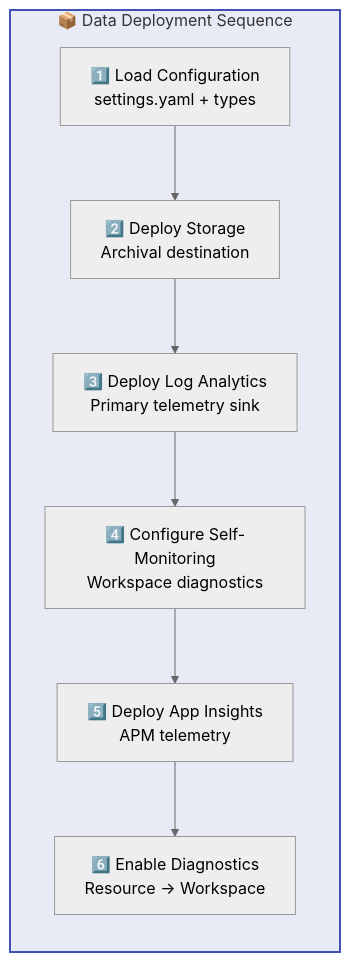
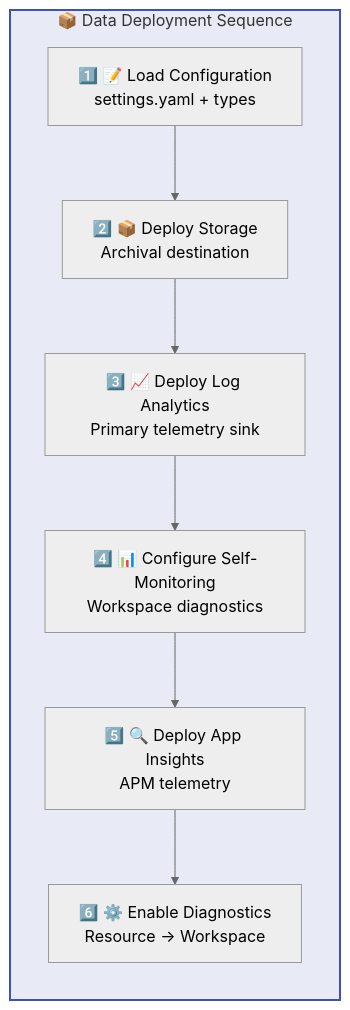
Before and after one commit to Evilazaro/APIM-Accelerator: the tenth of 10 diagrams in docs/architecture/Data_Architecture_Document.md, drawn with Mermaid (neutral theme). The commit also changed other lines of this file, not shown here.

Commit message:
Enhance Data Architecture Document with improved semantic icons and color schemes for better clarity and visual appeal

````diff
--- a/docs/architecture/Data_Architecture_Document.md
+++ b/docs/architecture/Data_Architecture_Document.md
@@ -568,22 +574,25 @@
 ```mermaid
 %%{init: {"flowchart": {"htmlLabels": false}} }%%
+%% ============================================
+%% COLOR SCHEME: Standard main group #E8EAF6
+%% ============================================
 flowchart TB
     subgraph sequence["📦 Data Deployment Sequence"]
         direction TB
 
-        D1["1️⃣ Load Configuration<br/>settings.yaml + types"]
-        D2["2️⃣ Deploy Storage<br/>Archival destination"]
-        D3["3️⃣ Deploy Log Analytics<br/>Primary telemetry sink"]
-        D4["4️⃣ Configure Self-Monitoring<br/>Workspace diagnostics"]
-        D5["5️⃣ Deploy App Insights<br/>APM telemetry"]
-        D6["6️⃣ Enable Diagnostics<br/>Resource → Workspace"]
+        D1["1️⃣ 📝 Load Configuration<br/>settings.yaml + types"]
+        D2["2️⃣ 📦 Deploy Storage<br/>Archival destination"]
+        D3["3️⃣ 📈 Deploy Log Analytics<br/>Primary telemetry sink"]
+        D4["4️⃣ 📊 Configure Self-Monitoring<br/>Workspace diagnostics"]
+        D5["5️⃣ 🔍 Deploy App Insights<br/>APM telemetry"]
+        D6["6️⃣ ⚙️ Enable Diagnostics<br/>Resource → Workspace"]
 
         D1 --> D2
         D2 --> D3
         D3 --> D4
         D4 --> D5
         D5 --> D6
     end
 
     style sequence fill:#E8EAF6,stroke:#3F51B5,stroke-width:2px
 ```
````
